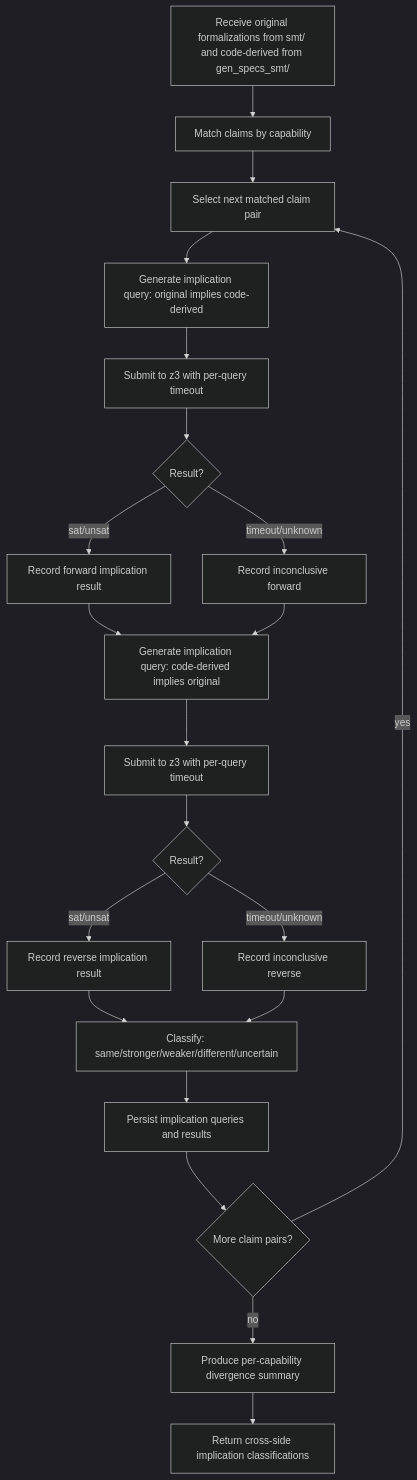
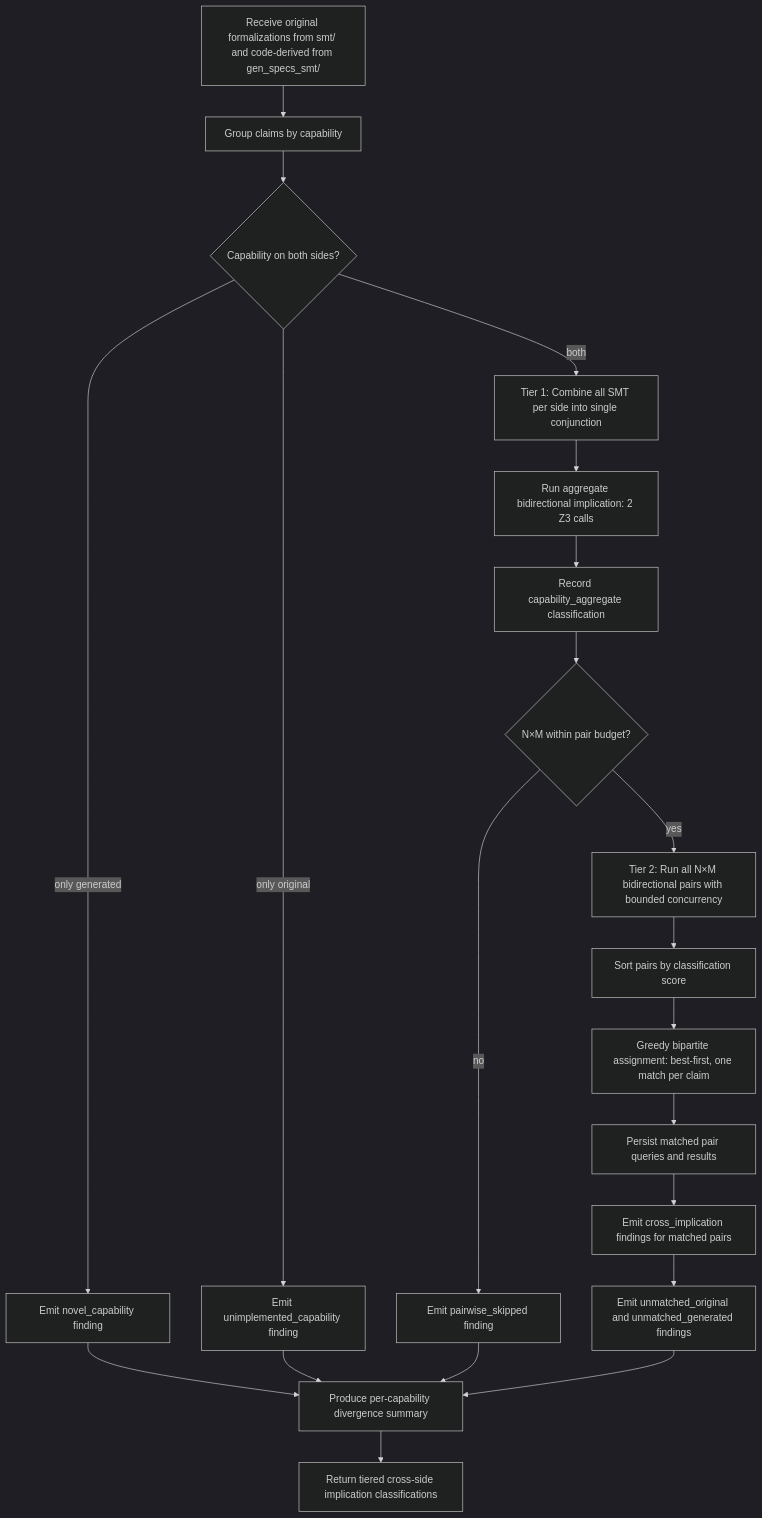
Before and after one commit to ohpauleez/spec-check: diagram 19 of 21 in openspec/changes/spec-check-core/design.md, drawn with Mermaid (dark theme). The commit also changed other lines of this file and 8 other files, not shown here.

Commit message:
WIP: Improve code-backwards semantic evaluation with Z3 by aligning capabilities (and bounding per-claim assessment)

````diff
--- a/openspec/changes/spec-check-core/design.md
+++ b/openspec/changes/spec-check-core/design.md
@@ -674,23 +674,23 @@
 ```mermaid
 flowchart TD
-    A[Receive original formalizations from smt/ and code-derived from gen_specs_smt/] --> B[Match claims by capability]
-    B --> C[Select next matched claim pair]
-    C --> D[Generate implication query: original implies code-derived]
-    D --> E[Submit to z3 with per-query timeout]
-    E --> F{Result?}
-    F -- sat/unsat --> G[Record forward implication result]
-    F -- timeout/unknown --> H[Record inconclusive forward]
-    G --> I[Generate implication query: code-derived implies original]
-    H --> I
-    I --> J[Submit to z3 with per-query timeout]
-    J --> K{Result?}
-    K -- sat/unsat --> L[Record reverse implication result]
-    K -- timeout/unknown --> M[Record inconclusive reverse]
-    L --> N[Classify: same/stronger/weaker/different/uncertain]
-    M --> N
-    N --> O[Persist implication queries and results]
-    O --> P{More claim pairs?}
-    P -- yes --> C
-    P -- no --> Q[Produce per-capability divergence summary]
-    Q --> R[Return cross-side implication classifications]
+    A[Receive original formalizations from smt/ and code-derived from gen_specs_smt/] --> B[Group claims by capability]
+    B --> C{Capability on both sides?}
+    C -- only generated --> D[Emit novel_capability finding]
+    C -- only original --> E[Emit unimplemented_capability finding]
+    C -- both --> F[Tier 1: Combine all SMT per side into single conjunction]
+    F --> G[Run aggregate bidirectional implication: 2 Z3 calls]
+    G --> H[Record capability_aggregate classification]
+    H --> I{N×M within pair budget?}
+    I -- no --> J[Emit pairwise_skipped finding]
+    I -- yes --> K[Tier 2: Run all N×M bidirectional pairs with bounded concurrency]
+    K --> L[Sort pairs by classification score]
+    L --> M[Greedy bipartite assignment: best-first, one match per claim]
+    M --> N[Persist matched pair queries and results]
+    N --> O[Emit cross_implication findings for matched pairs]
+    O --> P[Emit unmatched_original and unmatched_generated findings]
+    P --> Q[Produce per-capability divergence summary]
+    D --> Q
+    E --> Q
+    J --> Q
+    Q --> R[Return tiered cross-side implication classifications]
 ```
````
